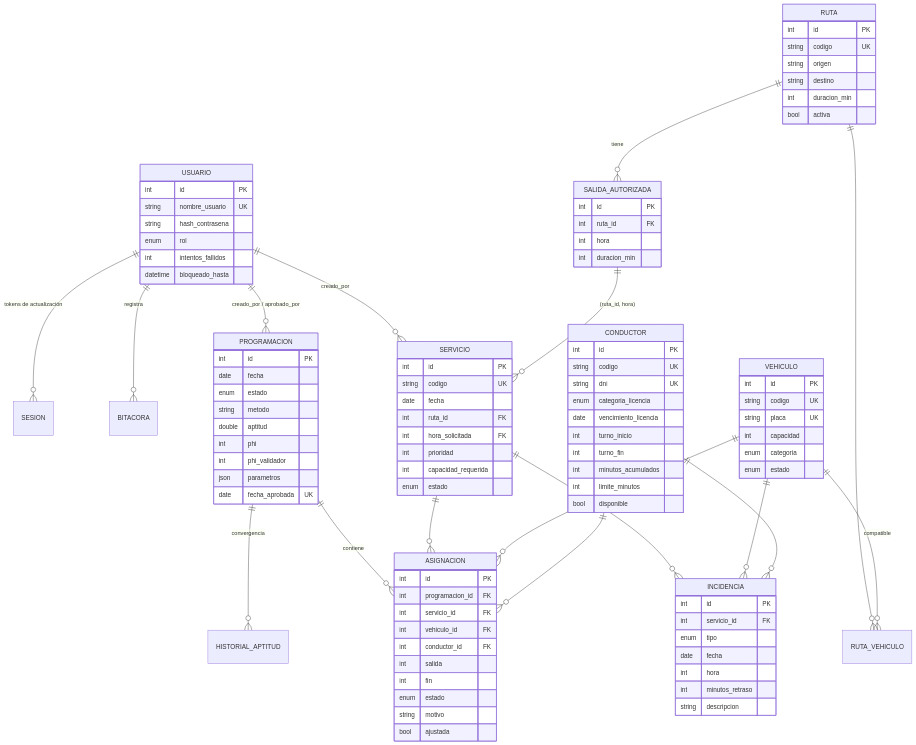
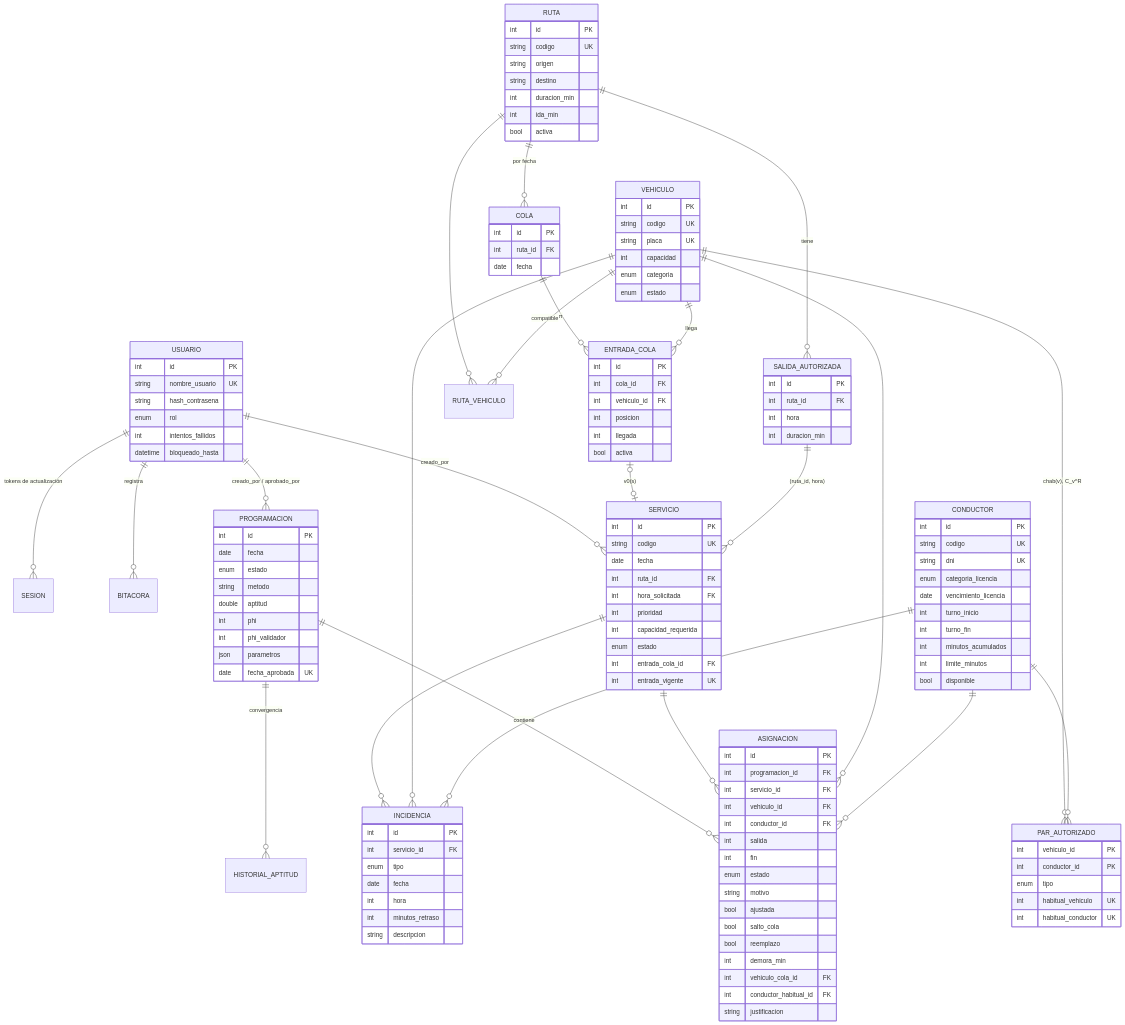
One commit to Madafaka17/sistema-asignacion-san-felipe changed diagram 12 of 12 in docs/uml.md. Above: the diagram before and after it, drawn with Mermaid. The commit also changed other lines of this file and 29 other files, not shown here.

```diff
--- a/docs/uml.md
+++ b/docs/uml.md
@@ -657,6 +734,12 @@
   RUTA ||--o{ SALIDA_AUTORIZADA : "tiene"
   RUTA ||--o{ RUTA_VEHICULO : ""
   VEHICULO ||--o{ RUTA_VEHICULO : "compatible"
+  VEHICULO ||--o{ PAR_AUTORIZADO : "chab(v), C_v^R"
+  CONDUCTOR ||--o{ PAR_AUTORIZADO : ""
+  RUTA ||--o{ COLA : "por fecha"
+  COLA ||--o{ ENTRADA_COLA : "π"
+  VEHICULO ||--o{ ENTRADA_COLA : "llega"
+  ENTRADA_COLA |o--o| SERVICIO : "v0(s)"
   SALIDA_AUTORIZADA ||--o{ SERVICIO : "(ruta_id, hora)"
   PROGRAMACION ||--o{ ASIGNACION : "contiene"
   PROGRAMACION ||--o{ HISTORIAL_APTITUD : "convergencia"
@@ -693,6 +776,27 @@
     string origen
     string destino
     int duracion_min
+    int ida_min
+    bool activa
+  }
+  PAR_AUTORIZADO {
+    int vehiculo_id PK
+    int conductor_id PK
+    enum tipo
+    int habitual_vehiculo UK
+    int habitual_conductor UK
+  }
+  COLA {
+    int id PK
+    int ruta_id FK
+    date fecha
+  }
+  ENTRADA_COLA {
+    int id PK
+    int cola_id FK
+    int vehiculo_id FK
+    int posicion
+    int llegada
     bool activa
   }
   SALIDA_AUTORIZADA {
@@ -710,6 +814,8 @@
     int prioridad
     int capacidad_requerida
     enum estado
+    int entrada_cola_id FK
+    int entrada_vigente UK
   }
   PROGRAMACION {
     int id PK
@@ -733,6 +839,12 @@
     enum estado
     string motivo
     bool ajustada
+    bool salto_cola
+    bool reemplazo
+    int demora_min
+    int vehiculo_cola_id FK
+    int conductor_habitual_id FK
+    string justificacion
   }
   INCIDENCIA {
     int id PK
```
